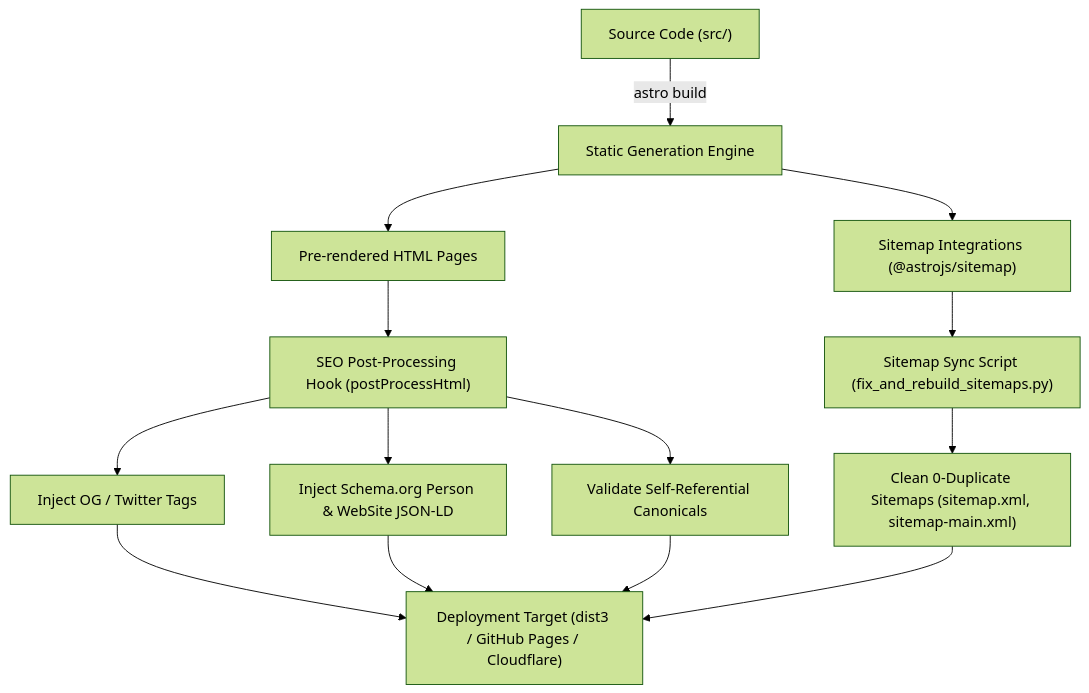
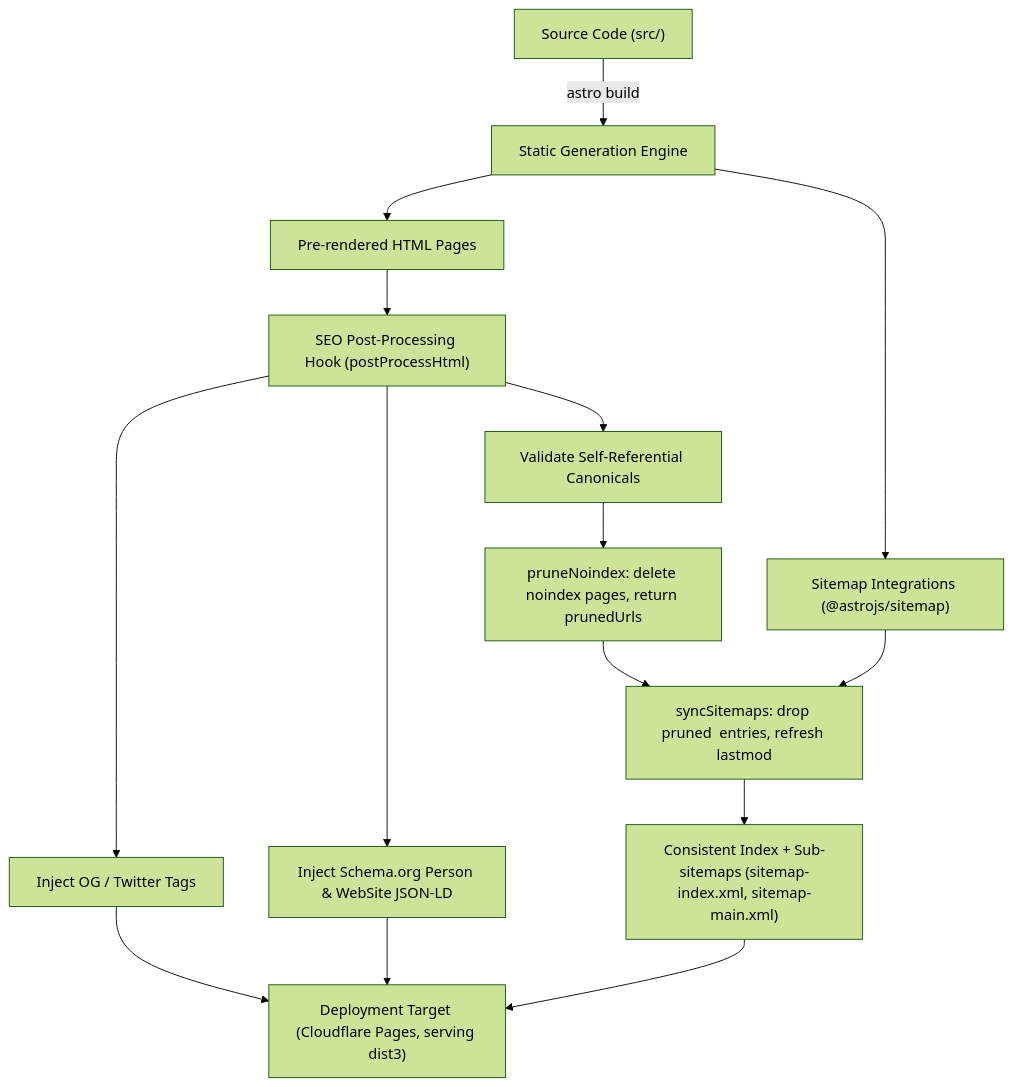
One commit to weightlosspercentage-sys/weight-Loss-calculator changed the diagram in Architecture.md. Above: the diagram before and after it, drawn with Mermaid (forest theme). The commit also changed other lines of this file and 41 other files, not shown here.

````diff
--- a/Architecture.md
+++ b/Architecture.md
@@ -48,13 +48,15 @@
 ```mermaid
 flowchart TD
     A["Source Code (src/)"] -->|astro build| B["Static Generation Engine"]
     B --> C["Pre-rendered HTML Pages"]
     B --> D["Sitemap Integrations (@astrojs/sitemap)"]
     C --> E["SEO Post-Processing Hook (postProcessHtml)"]
     E --> F["Inject OG / Twitter Tags"]
     E --> G["Inject Schema.org Person & WebSite JSON-LD"]
     E --> H["Validate Self-Referential Canonicals"]
-    D --> I["Sitemap Sync Script (fix_and_rebuild_sitemaps.py)"]
-    I --> J["Clean 0-Duplicate Sitemaps (sitemap.xml, sitemap-main.xml)"]
-    F & G & H & J --> K["Deployment Target (dist3 / GitHub Pages / Cloudflare)"]
+    H --> L["pruneNoindex: delete noindex pages, return prunedUrls"]
+    L --> I["syncSitemaps: drop pruned <loc> entries, refresh lastmod"]
+    D --> I
+    I --> J["Consistent Index + Sub-sitemaps (sitemap-index.xml, sitemap-main.xml)"]
+    F & G & J --> K["Deployment Target (Cloudflare Pages, serving dist3)"]
 ```
````
